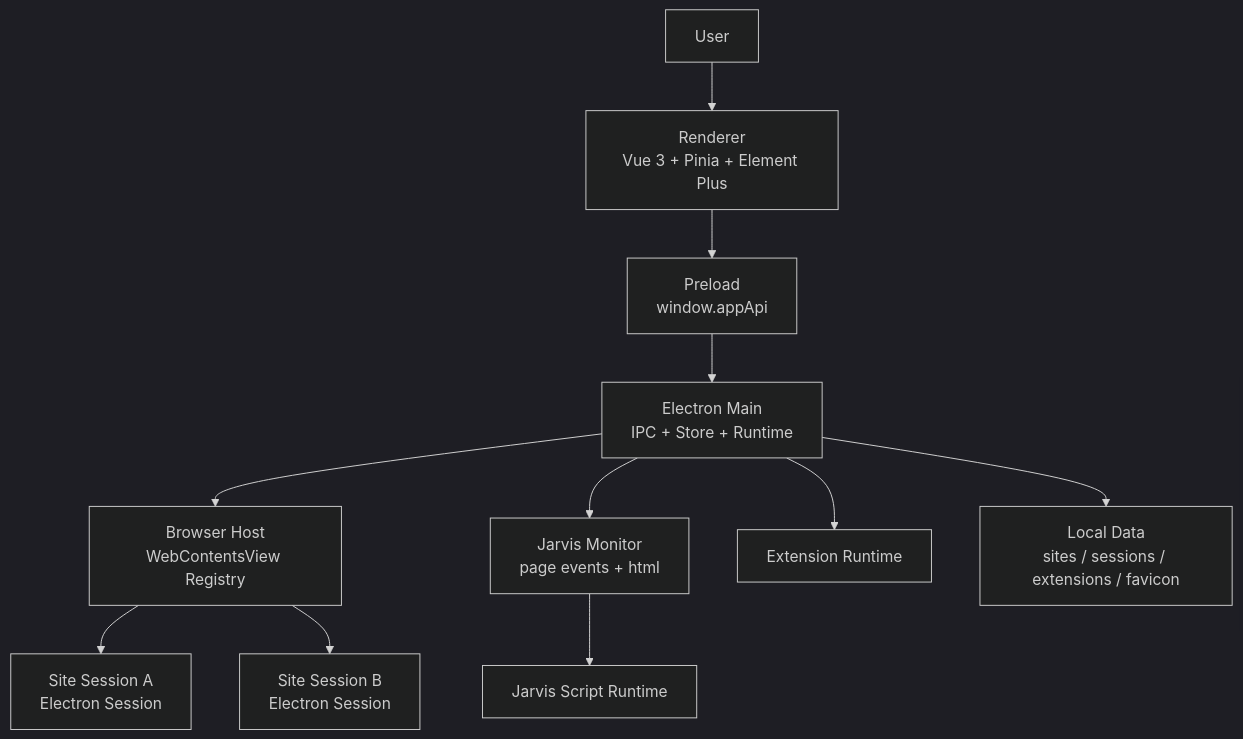
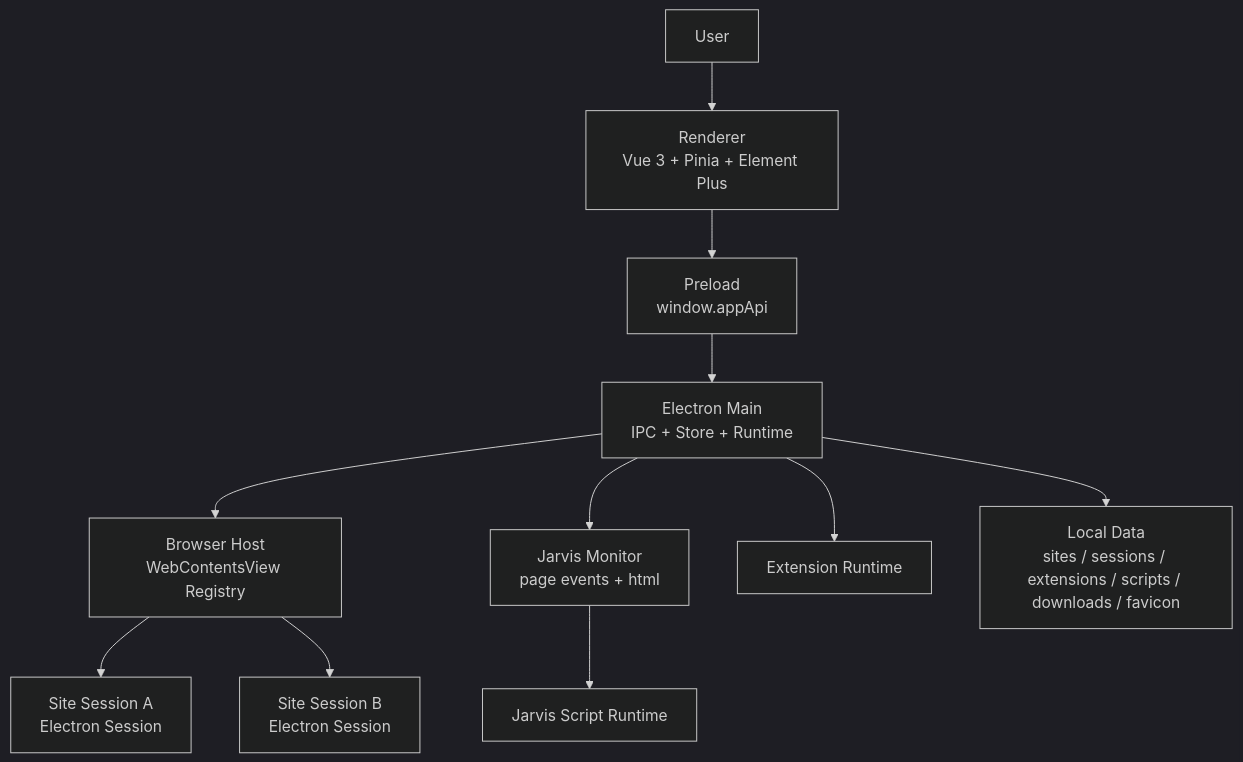
The diagram in README.md (jarvis-workbench/jarvis-browser), drawn with Mermaid (dark theme) before and after one commit. The commit also changed other lines of this file and 25 other files, not shown here.

Commit message:
修复登陆状态持久化bug, 修复favicon 站点图标bug，增加下载管理器

````diff
--- a/README.md
+++ b/README.md
@@ -77,13 +82,13 @@
 ```mermaid
 flowchart TD
   User["User"] --> Renderer["Renderer<br/>Vue 3 + Pinia + Element Plus"]
   Renderer --> Preload["Preload<br/>window.appApi"]
   Preload --> Main["Electron Main<br/>IPC + Store + Runtime"]
   Main --> BrowserHost["Browser Host<br/>WebContentsView Registry"]
   BrowserHost --> WebViewA["Site Session A<br/>Electron Session"]
   BrowserHost --> WebViewB["Site Session B<br/>Electron Session"]
   Main --> Monitor["Jarvis Monitor<br/>page events + html"]
   Monitor --> ScriptRuntime["Jarvis Script Runtime"]
   Main --> ExtensionRuntime["Extension Runtime"]
-  Main --> LocalData["Local Data<br/>sites / sessions / extensions / favicon"]
+  Main --> LocalData["Local Data<br/>sites / sessions / extensions / scripts / downloads / favicon"]
 ```
````
